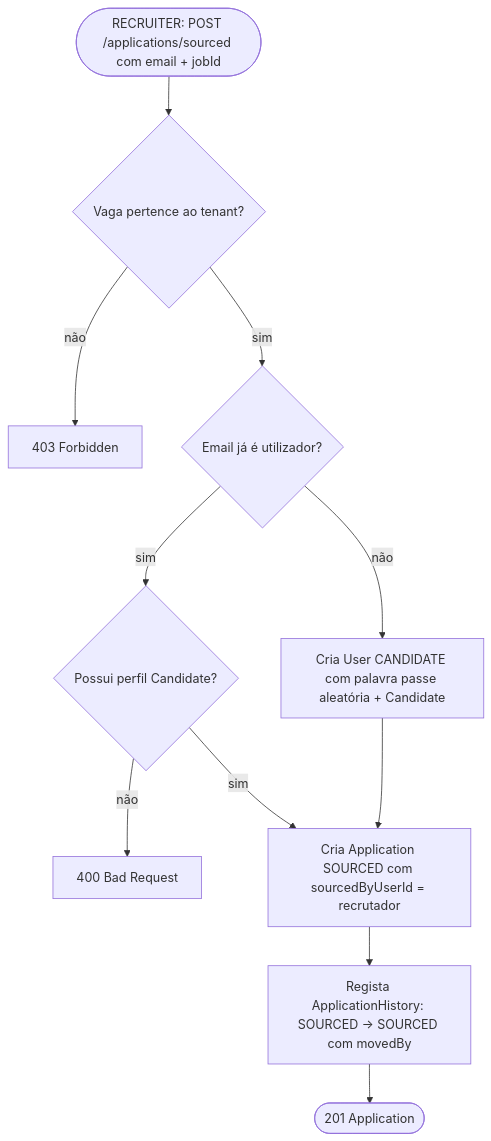
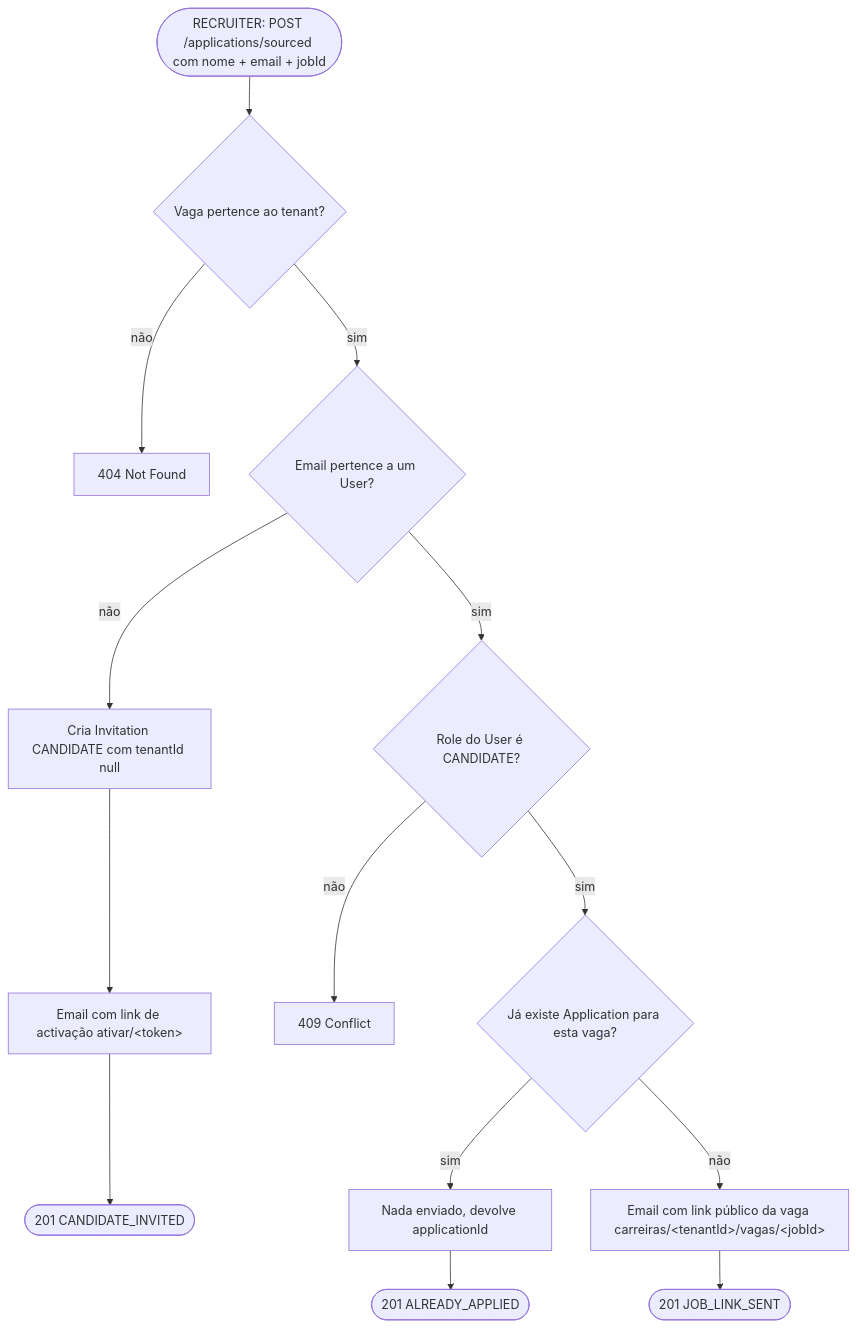
Before and after one commit to AndreXime/deploy-talent: the seventh of 10 diagrams in FLUXOS.md, drawn with Mermaid. The commit also changed other lines of this file and 59 other files, not shown here.

First line of the commit message:
feat(sourcing): converte sourcing em nudge por email com 3 outcomes

````diff
--- a/FLUXOS.md
+++ b/FLUXOS.md
@@ -130,13 +132,17 @@
 ```mermaid
 flowchart TD
-    start([RECRUITER: POST /applications/sourced com email + jobId]) --> jobOk{Vaga pertence ao tenant?}
-    jobOk -- não --> err403[403 Forbidden]
-    jobOk -- sim --> userExists{Email já é utilizador?}
-    userExists -- sim --> candExists{Possui perfil Candidate?}
-    candExists -- não --> err400[400 Bad Request]
-    userExists -- não --> provision[Cria User CANDIDATE com palavra passe aleatória + Candidate]
-    provision --> createApp
-    candExists -- sim --> createApp[Cria Application SOURCED com sourcedByUserId = recrutador]
-    createApp --> history[Regista ApplicationHistory: SOURCED → SOURCED com movedBy]
-    history --> done([201 Application])
+    start([RECRUITER: POST /applications/sourced com nome + email + jobId]) --> jobOk{Vaga pertence ao tenant?}
+    jobOk -- não --> err404[404 Not Found]
+    jobOk -- sim --> userExists{Email pertence a um User?}
+    userExists -- não --> invite[Cria Invitation CANDIDATE com tenantId null]
+    invite --> emailInvite[Email com link de activação ativar/&lt;token&gt;]
+    emailInvite --> doneInvited([201 CANDIDATE_INVITED])
+
+    userExists -- sim --> isCandidate{Role do User é CANDIDATE?}
+    isCandidate -- não --> err409[409 Conflict]
+    isCandidate -- sim --> hasApp{Já existe Application para esta vaga?}
+    hasApp -- sim --> noOp[Nada enviado, devolve applicationId]
+    noOp --> doneApplied([201 ALREADY_APPLIED])
+    hasApp -- não --> emailJob[Email com link público da vaga carreiras/&lt;tenantId&gt;/vagas/&lt;jobId&gt;]
+    emailJob --> doneLink([201 JOB_LINK_SENT])
 ```
````
